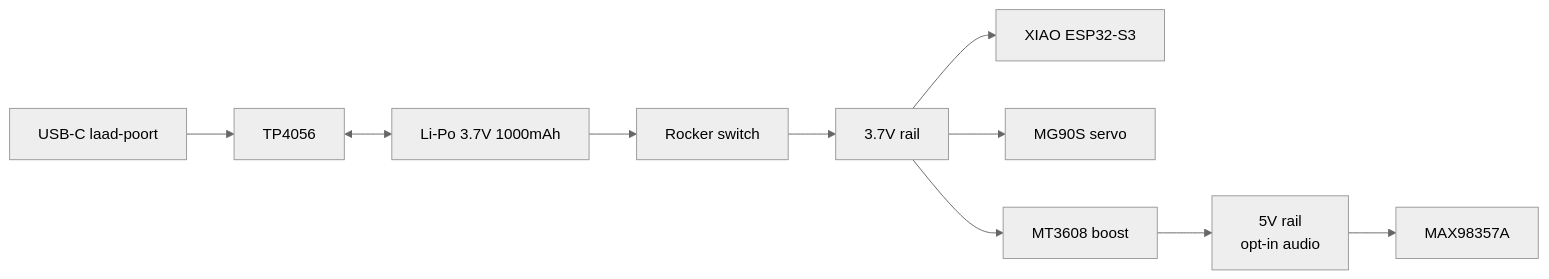
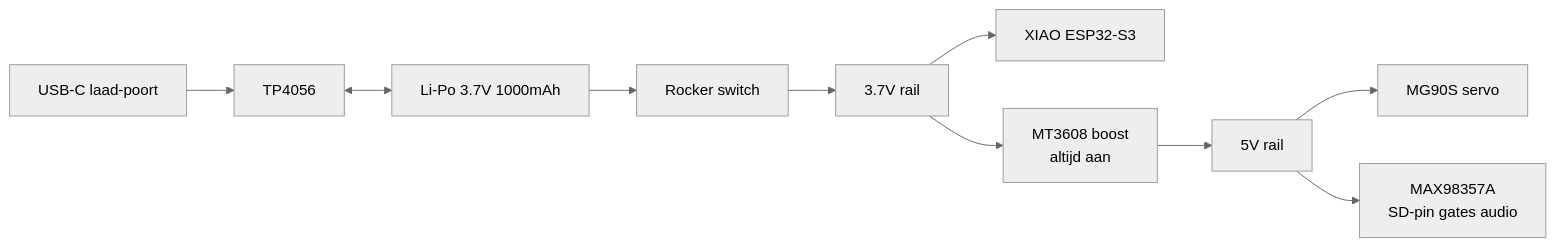
One commit to spiryns/UCD changed the second of 3 diagrams in docs/wiring.md. Above: the diagram before and after it, drawn with Mermaid (neutral theme). The commit also changed other lines of this file and 2 other files, not shown here.

Commit message:
fix(hardware): servo op 5V rail (MT3608 altijd aan) i.p.v. 3.7V; verwijder optionele 1kOhm uit pinout; documenteer 220-470uF decoupling-elco

````diff
--- a/docs/wiring.md
+++ b/docs/wiring.md
@@ -87,12 +87,12 @@
 ```mermaid
 flowchart LR
     USBC1[USB-C laad-poort] --> TP1[TP4056]
     TP1 <--> BAT1[Li-Po 3.7V 1000mAh]
     BAT1 --> SW1[Rocker switch]
     SW1 --> RAIL37[3.7V rail]
     RAIL37 --> XIAOPWR[XIAO ESP32-S3]
-    RAIL37 --> SERVO[MG90S servo]
-    RAIL37 --> BOOST[MT3608 boost]
-    BOOST --> RAIL5[5V rail<br/>opt-in audio]
-    RAIL5 --> AMP[MAX98357A]
+    RAIL37 --> BOOST[MT3608 boost<br/>altijd aan]
+    BOOST --> RAIL5[5V rail]
+    RAIL5 --> SERVO[MG90S servo]
+    RAIL5 --> AMP[MAX98357A<br/>SD-pin gates audio]
 ```
````
